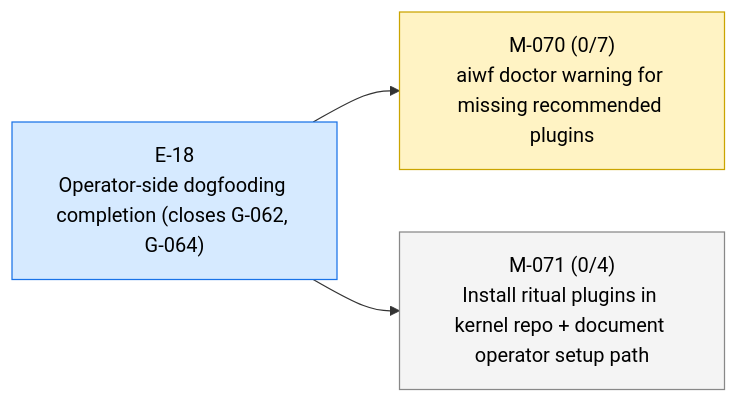
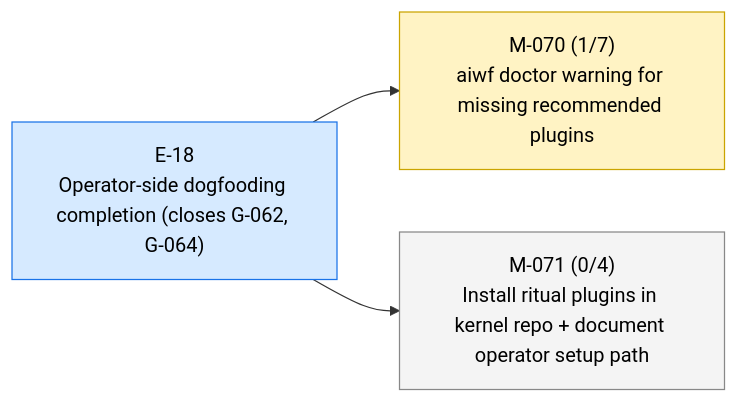
Before and after one commit to 23min/aiwf: the first of 3 diagrams in STATUS.md, drawn with Mermaid. The commit also changed other lines of this file and 1 other file, not shown here.

First line of the commit message:
aiwf promote M-070/AC-1 open -> met

````diff
--- a/STATUS.md
+++ b/STATUS.md
@@ -12,14 +12,14 @@
 ```mermaid
 flowchart LR
   E_18["E-18<br/>Operator-side dogfooding completion (closes G-062, G-064)"]:::epic_active
-  M_070["M-070 (0/7)<br/>aiwf doctor warning for missing recommended plugins"]:::ms_in_progress
+  M_070["M-070 (1/7)<br/>aiwf doctor warning for missing recommended plugins"]:::ms_in_progress
   E_18 --> M_070
   M_071["M-071 (0/4)<br/>Install ritual plugins in kernel repo + document operator setup path"]:::ms_draft
   E_18 --> M_071
   classDef epic_active fill:#d6eaff,stroke:#1a73e8,color:#000
   classDef epic_proposed fill:#f4f4f4,stroke:#888,color:#000
   classDef ms_done fill:#d8f5d8,stroke:#2a8a2a,color:#000
   classDef ms_in_progress fill:#fff3c4,stroke:#caa400,color:#000
   classDef ms_draft fill:#f4f4f4,stroke:#888,color:#000
   classDef ms_cancelled fill:#fbeaea,stroke:#c33,color:#000
 ```
````
